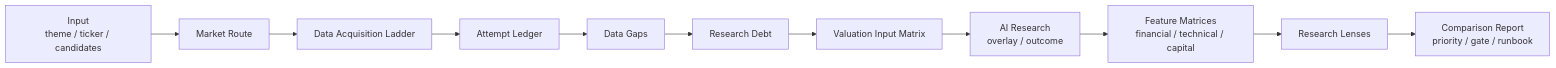
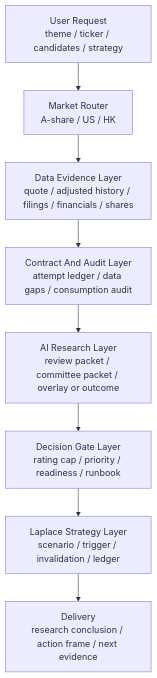
Before and after one commit to lucisxu6-cpu/serenity-chan: the second of 2 diagrams in README.md, drawn with Mermaid. The commit also changed other lines of this file and 18 other files, not shown here.

Commit message:
Add strategy companion and improve README architecture

````diff
--- a/README.md
+++ b/README.md
@@ -293,13 +341,10 @@
 ```mermaid
-flowchart LR
-  A["Input<br/>theme / ticker / candidates"] --> B["Market Route"]
-  B --> C["Data Acquisition Ladder"]
-  C --> D["Attempt Ledger"]
-  D --> E["Data Gaps"]
-  E --> F["Research Debt"]
-  F --> G["Valuation Input Matrix"]
-  G --> H["AI Research<br/>overlay / outcome"]
-  H --> I["Feature Matrices<br/>financial / technical / capital"]
-  I --> J["Research Lenses"]
-  J --> K["Comparison Report<br/>priority / gate / runbook"]
+flowchart TB
+  A["User Request<br/>theme / ticker / candidates / strategy"] --> B["Market Router<br/>A-share / US / HK"]
+  B --> C["Data Evidence Layer<br/>quote / adjusted history / filings / financials / shares"]
+  C --> D["Contract And Audit Layer<br/>attempt ledger / data gaps / consumption audit"]
+  D --> E["AI Research Layer<br/>review packet / committee packet / overlay or outcome"]
+  E --> F["Decision Gate Layer<br/>rating cap / priority / readiness / runbook"]
+  F --> G["Laplace Strategy Layer<br/>scenario / trigger / invalidation / ledger"]
+  G --> H["Delivery<br/>research conclusion / action frame / next evidence"]
 ```
````
